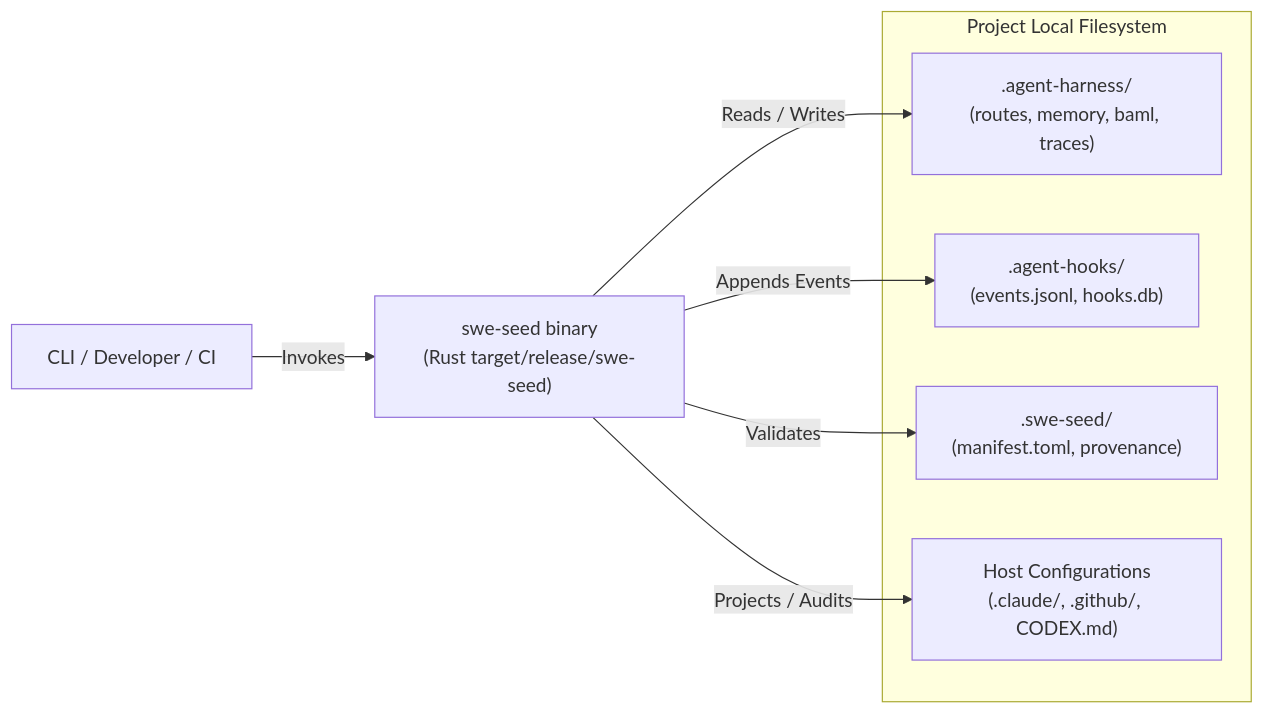
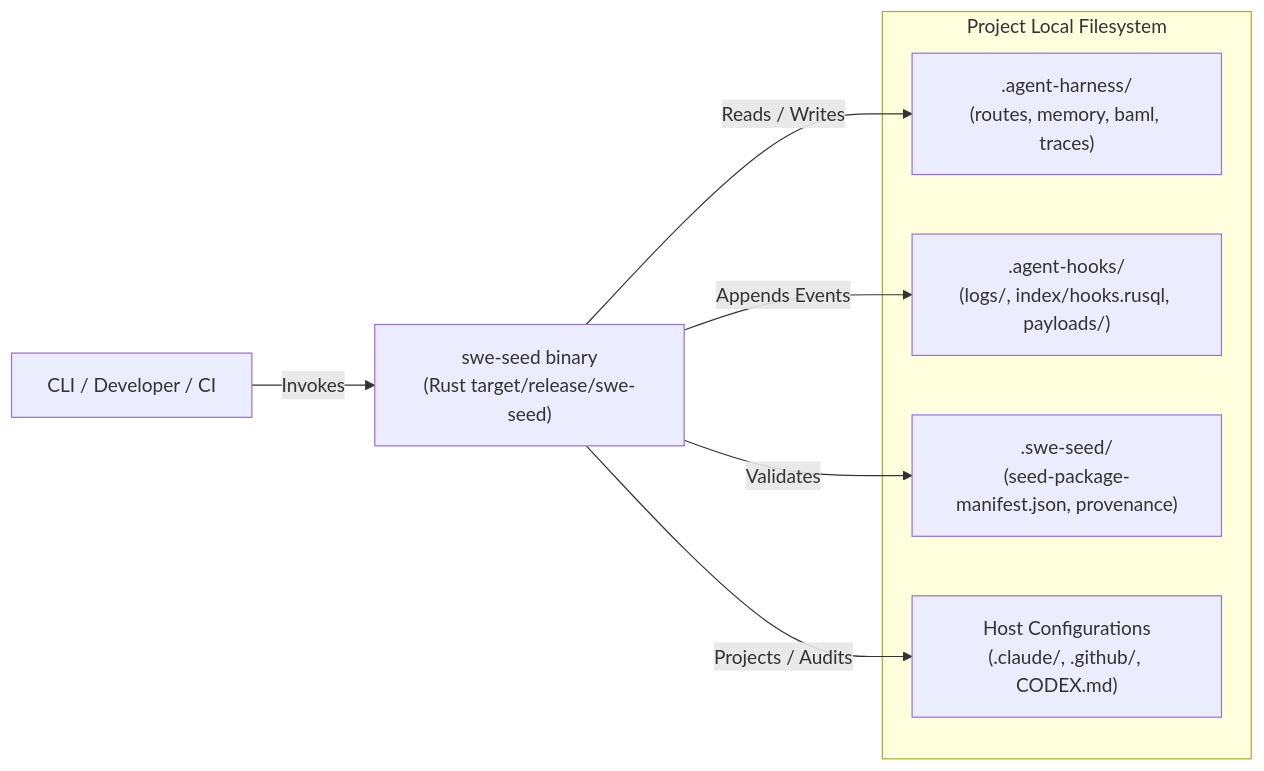
The second of 6 diagrams in docs/architecture.md (GodSpeedAI/swe_seed), drawn with Mermaid before and after one commit. The commit also changed other lines of this file and 29 other files, not shown here.

First line of the commit message:
docs: refresh SWE_SEED documentation, add cognitive explainers and reference pages

````diff
--- a/docs/architecture.md
+++ b/docs/architecture.md
@@ -55,16 +55,16 @@
 ```mermaid
 graph LR
     User["CLI / Developer / CI"] -->|Invokes| Bin["swe-seed binary\n(Rust target/release/swe-seed)"]
 
     subgraph LocalFilesystem["Project Local Filesystem"]
         HarnessDir[".agent-harness/\n(routes, memory, baml, traces)"]
-        HooksDir[".agent-hooks/\n(events.jsonl, hooks.db)"]
-        SweSeedDir[".swe-seed/\n(manifest.toml, provenance)"]
+        HooksDir[".agent-hooks/\n(logs/, index/hooks.rusql, payloads/)"]
+        SweSeedDir[".swe-seed/\n(seed-package-manifest.json, provenance)"]
         HostFiles["Host Configurations\n(.claude/, .github/, CODEX.md)"]
     end
 
     Bin -->|Reads / Writes| HarnessDir
     Bin -->|Appends Events| HooksDir
     Bin -->|Validates| SweSeedDir
     Bin -->|Projects / Audits| HostFiles
 ```
````
